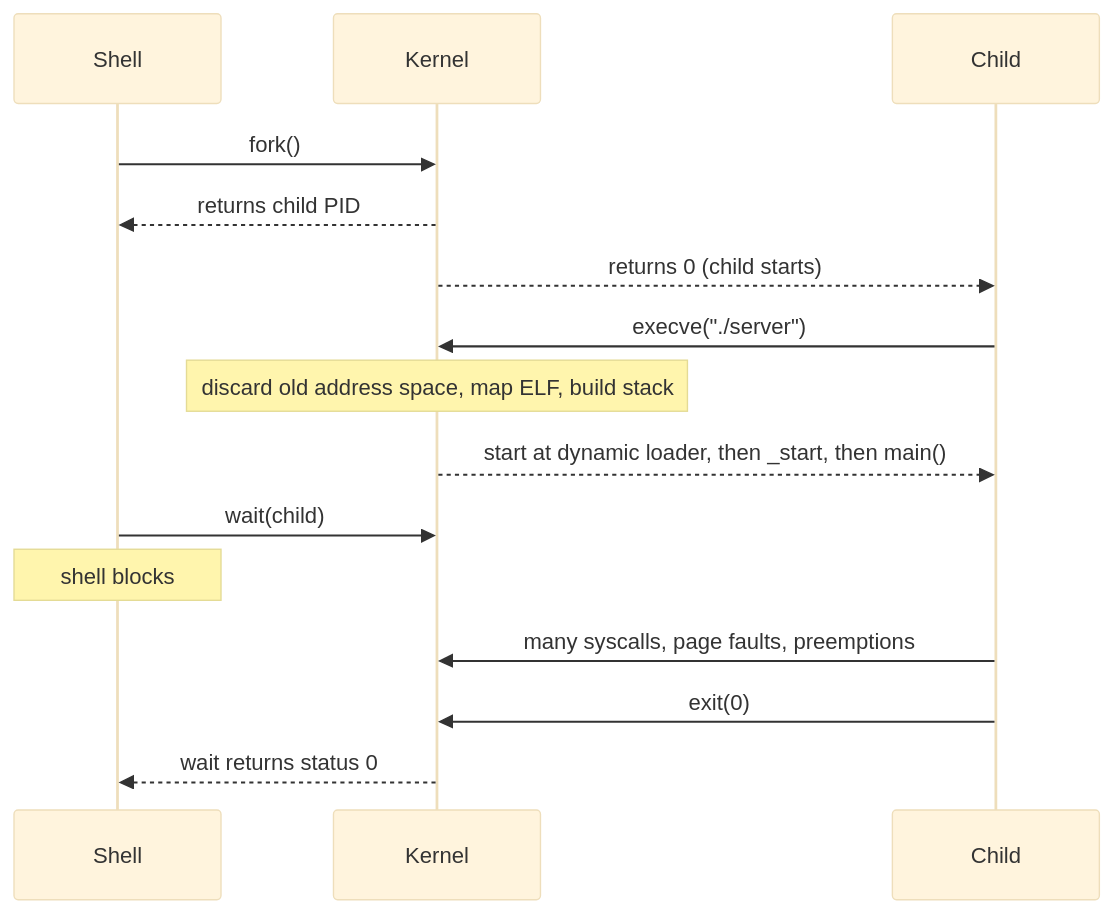
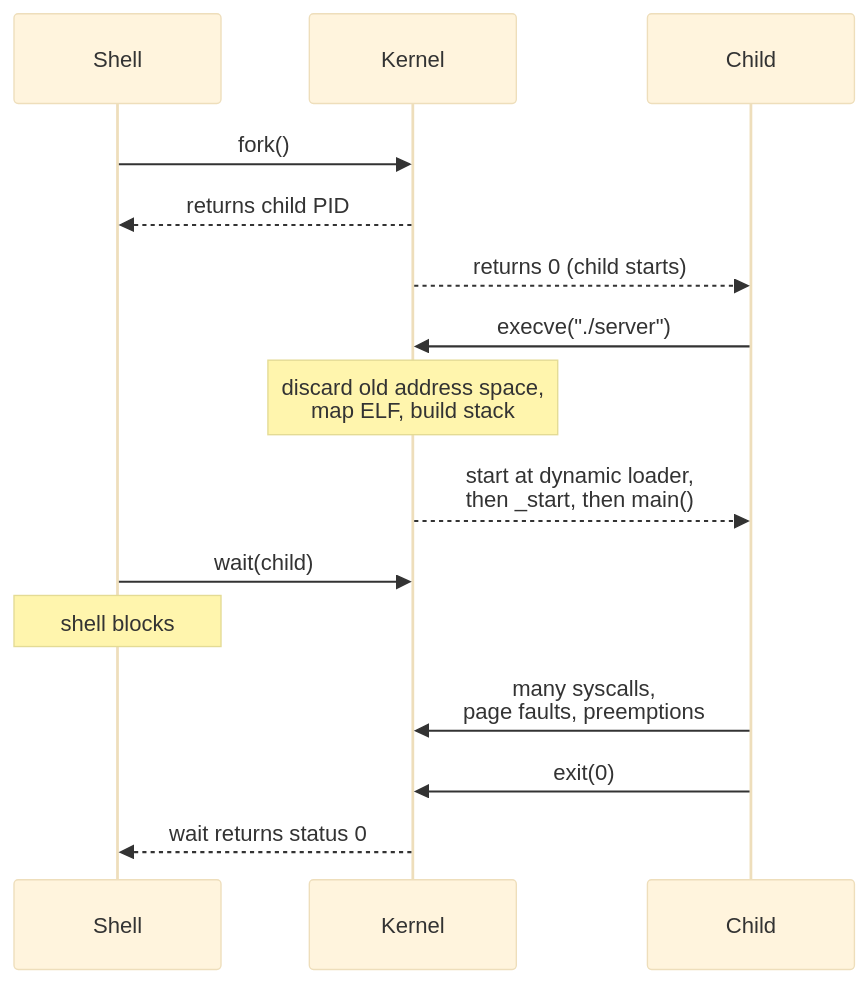
One commit to Siva010/CoreCS changed the diagram in content/lessons/os/os-program-execution.md. Above: the diagram before and after it, drawn with Mermaid (base theme). The commit also changed 19 other files, not shown here.

First line of the commit message:
Merge the OS and Networks diagram readability fixes

````diff
--- a/content/lessons/os/os-program-execution.md
+++ b/content/lessons/os/os-program-execution.md
@@ -76,17 +76,17 @@
 ```mermaid
 sequenceDiagram
     participant Shell
     participant Kernel
     participant Child
     Shell->>Kernel: fork()
     Kernel-->>Shell: returns child PID
     Kernel-->>Child: returns 0 (child starts)
     Child->>Kernel: execve("./server")
-    Note over Kernel: discard old address space, map ELF, build stack
-    Kernel-->>Child: start at dynamic loader, then _start, then main()
+    Note over Kernel: discard old address space,<br/>map ELF, build stack
+    Kernel-->>Child: start at dynamic loader,<br/>then _start, then main()
     Shell->>Kernel: wait(child)
     Note over Shell: shell blocks
-    Child->>Kernel: many syscalls, page faults, preemptions
+    Child->>Kernel: many syscalls,<br/>page faults, preemptions
     Child->>Kernel: exit(0)
     Kernel-->>Shell: wait returns status 0
 ```
````
